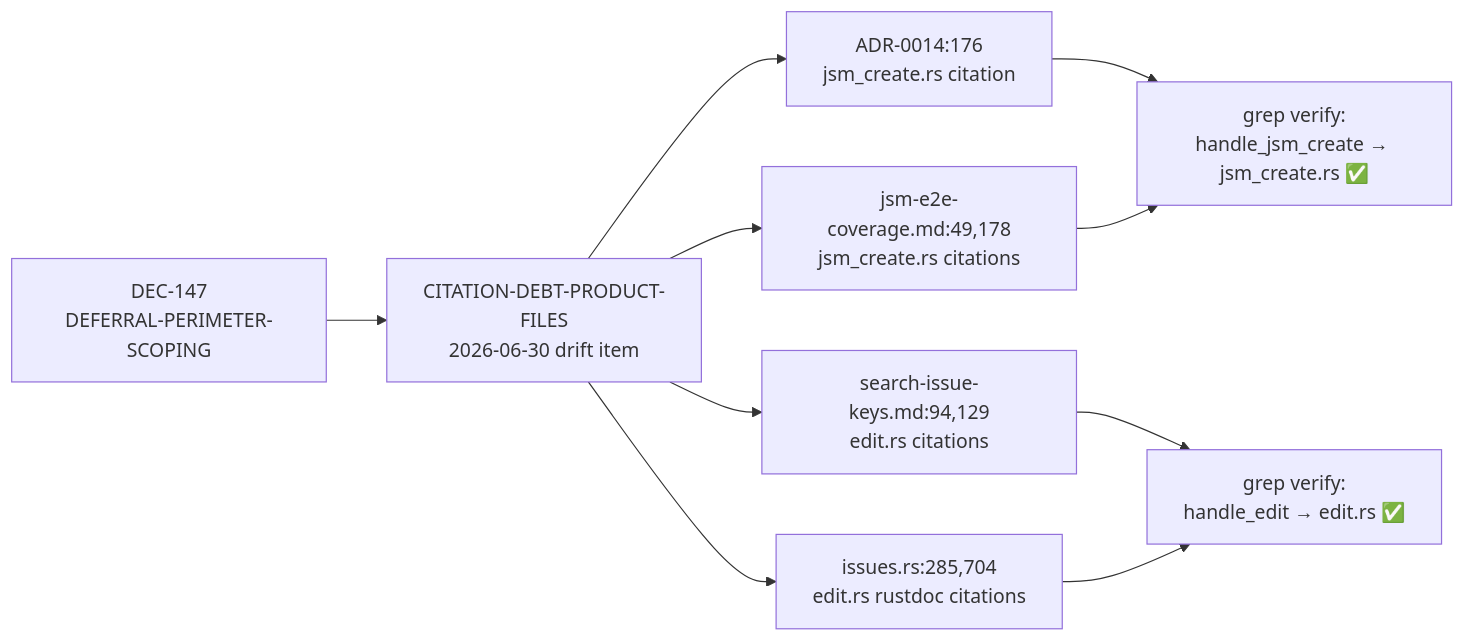
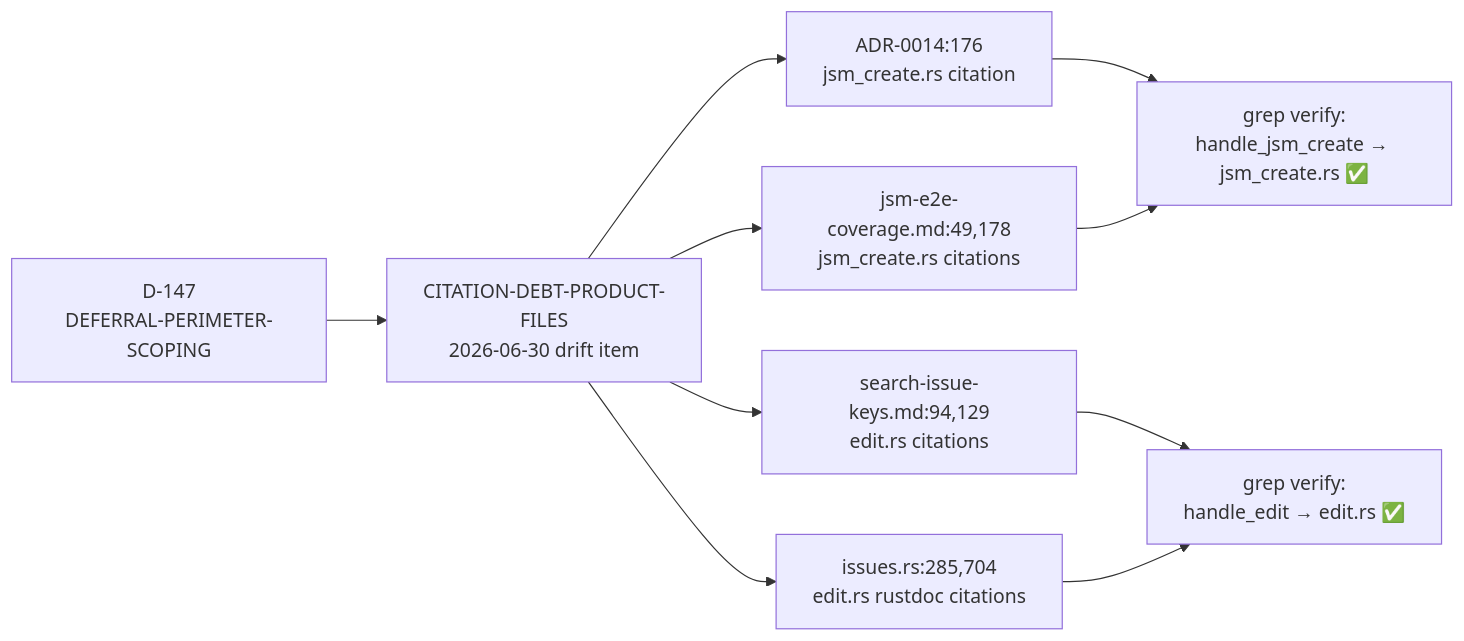
The third of 4 diagrams in code-delivery/CITATION-DEBT-ADR0012-FIX/pr-description.md (ArcavenAE/jira-cli), drawn with Mermaid before and after one commit. The commit also changed other lines of this file and 531 other files, not shown here.

````diff
--- a/code-delivery/CITATION-DEBT-ADR0012-FIX/pr-description.md
+++ b/code-delivery/CITATION-DEBT-ADR0012-FIX/pr-description.md
@@ -69,12 +69,12 @@
 ```mermaid
 flowchart LR
-    DEC147["DEC-147<br/>DEFERRAL-PERIMETER-SCOPING"] --> DEBT["CITATION-DEBT-PRODUCT-FILES<br/>2026-06-30 drift item"]
+    DEC147["D-147<br/>DEFERRAL-PERIMETER-SCOPING"] --> DEBT["CITATION-DEBT-PRODUCT-FILES<br/>2026-06-30 drift item"]
     DEBT --> FIX1["ADR-0014:176<br/>jsm_create.rs citation"]
     DEBT --> FIX2["jsm-e2e-coverage.md:49,178<br/>jsm_create.rs citations"]
     DEBT --> FIX3["search-issue-keys.md:94,129<br/>edit.rs citations"]
     DEBT --> FIX4["issues.rs:285,704<br/>edit.rs rustdoc citations"]
     FIX1 --> GREP["grep verify:<br/>handle_jsm_create → jsm_create.rs ✅"]
     FIX2 --> GREP
     FIX3 --> GREPB["grep verify:<br/>handle_edit → edit.rs ✅"]
     FIX4 --> GREPB
 ```
````
